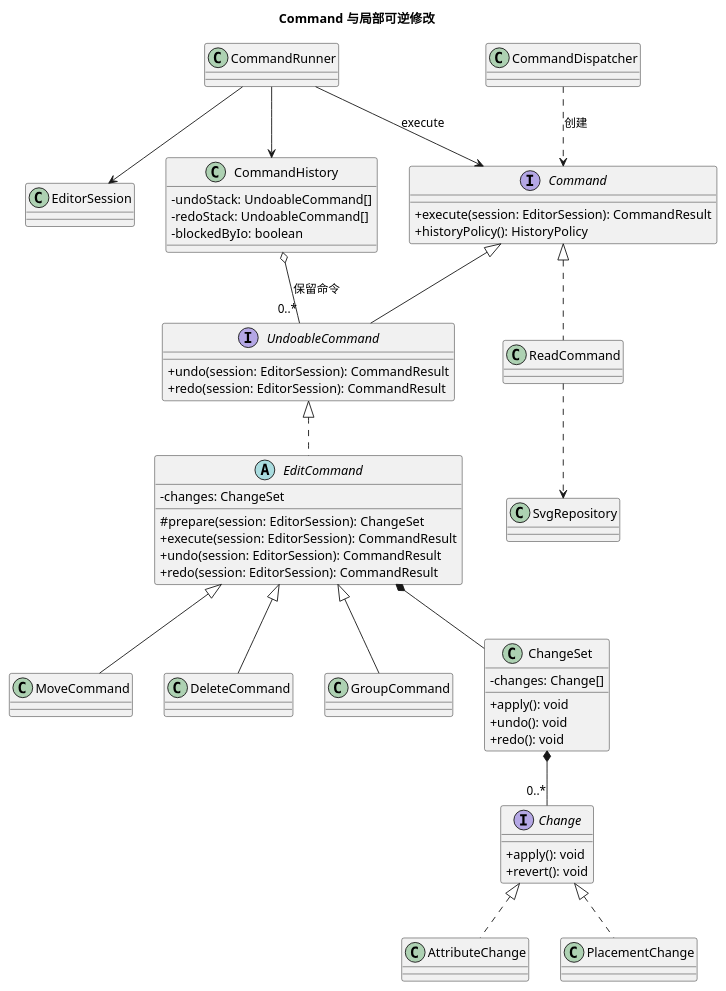
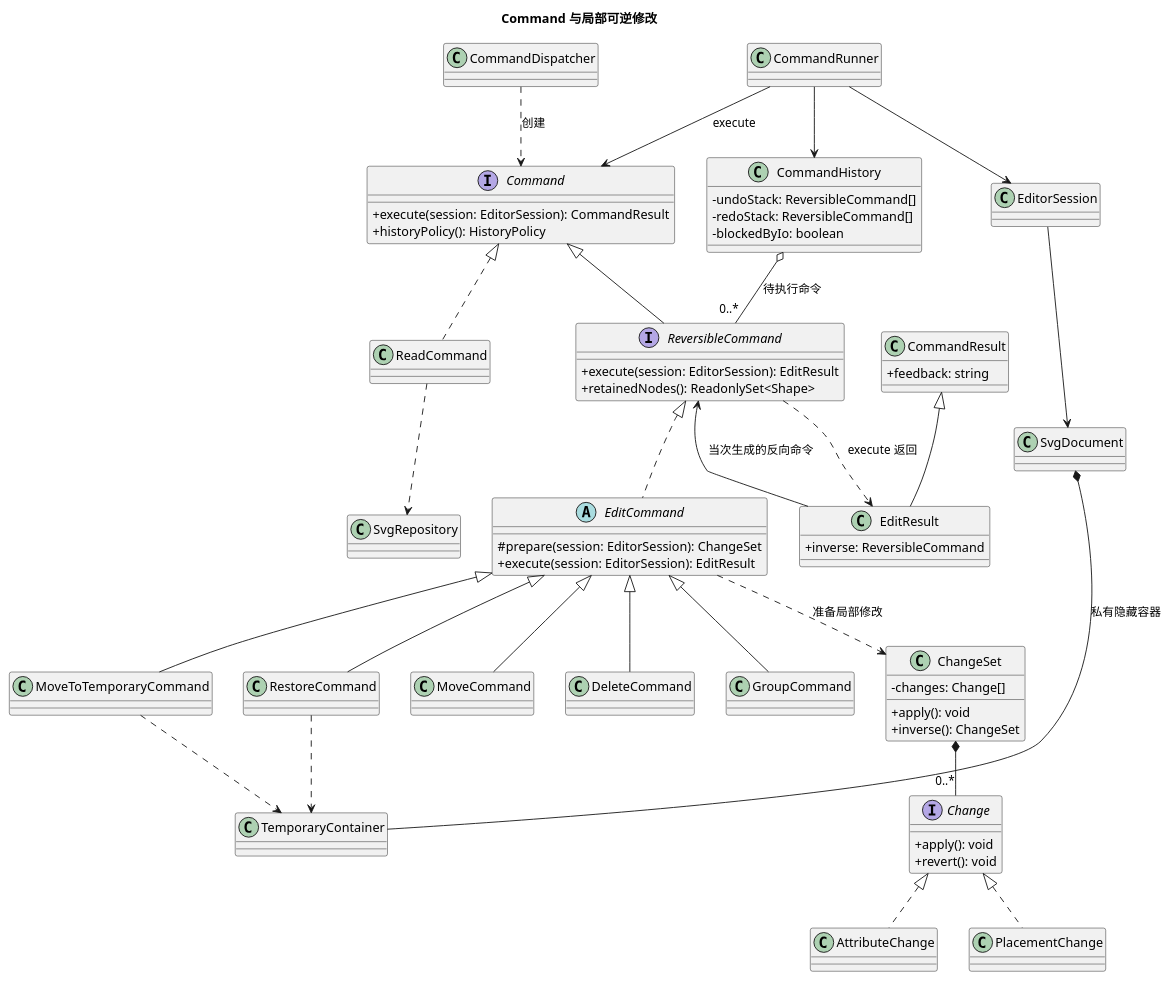
One commit to x-J-beta/svg-cli-command-core changed the second of 3 diagrams in doc/README.md. Above: the diagram before and after it, drawn with PlantUML. The commit also changed other lines of this file and 2 other files, not shown here.

Commit message:
docs: generate inverse commands and hide deleted objects

````diff
--- a/doc/README.md
+++ b/doc/README.md
@@ -94,60 +97,71 @@
 ```plantuml
 @startuml
 title Command 与局部可逆修改
 skinparam classAttributeIconSize 0
 
 interface Command {
   +execute(session: EditorSession): CommandResult
   +historyPolicy(): HistoryPolicy
 }
-interface UndoableCommand {
-  +undo(session: EditorSession): CommandResult
-  +redo(session: EditorSession): CommandResult
+interface ReversibleCommand {
+  +execute(session: EditorSession): EditResult
+  +retainedNodes(): ReadonlySet<Shape>
 }
-Command <|-- UndoableCommand
+Command <|-- ReversibleCommand
 abstract class EditCommand {
-  -changes: ChangeSet
   #prepare(session: EditorSession): ChangeSet
-  +execute(session: EditorSession): CommandResult
-  +undo(session: EditorSession): CommandResult
-  +redo(session: EditorSession): CommandResult
+  +execute(session: EditorSession): EditResult
 }
-UndoableCommand <|.. EditCommand
+ReversibleCommand <|.. EditCommand
 EditCommand <|-- MoveCommand
 EditCommand <|-- DeleteCommand
 EditCommand <|-- GroupCommand
+EditCommand <|-- RestoreCommand
+EditCommand <|-- MoveToTemporaryCommand
 Command <|.. ReadCommand
+class EditResult {
+  +inverse: ReversibleCommand
+}
+class CommandResult {
+  +feedback: string
+}
+CommandResult <|-- EditResult
 
 class CommandDispatcher
 class CommandRunner
 class EditorSession
 class CommandHistory {
-  -undoStack: UndoableCommand[]
-  -redoStack: UndoableCommand[]
+  -undoStack: ReversibleCommand[]
+  -redoStack: ReversibleCommand[]
   -blockedByIo: boolean
 }
 class ChangeSet {
   -changes: Change[]
   +apply(): void
-  +undo(): void
-  +redo(): void
+  +inverse(): ChangeSet
 }
 interface Change {
   +apply(): void
   +revert(): void
 }
 class AttributeChange
 class PlacementChange
 
 Change <|.. AttributeChange
 Change <|.. PlacementChange
 ChangeSet *-- "0..*" Change
-EditCommand *-- ChangeSet
+EditCommand ..> ChangeSet : 准备局部修改
+EditResult --> ReversibleCommand : 当次生成的反向命令
+ReversibleCommand ..> EditResult : execute 返回
 CommandDispatcher ..> Command : 创建
 CommandRunner --> Command : execute
 CommandRunner --> CommandHistory
 CommandRunner --> EditorSession
-CommandHistory o-- "0..*" UndoableCommand : 保留命令
+CommandHistory o-- "0..*" ReversibleCommand : 待执行命令
+EditorSession --> SvgDocument
+SvgDocument *-- TemporaryContainer : 私有隐藏容器
+MoveToTemporaryCommand ..> TemporaryContainer
+RestoreCommand ..> TemporaryContainer
 ReadCommand ..> SvgRepository
 @enduml
 ```
````
